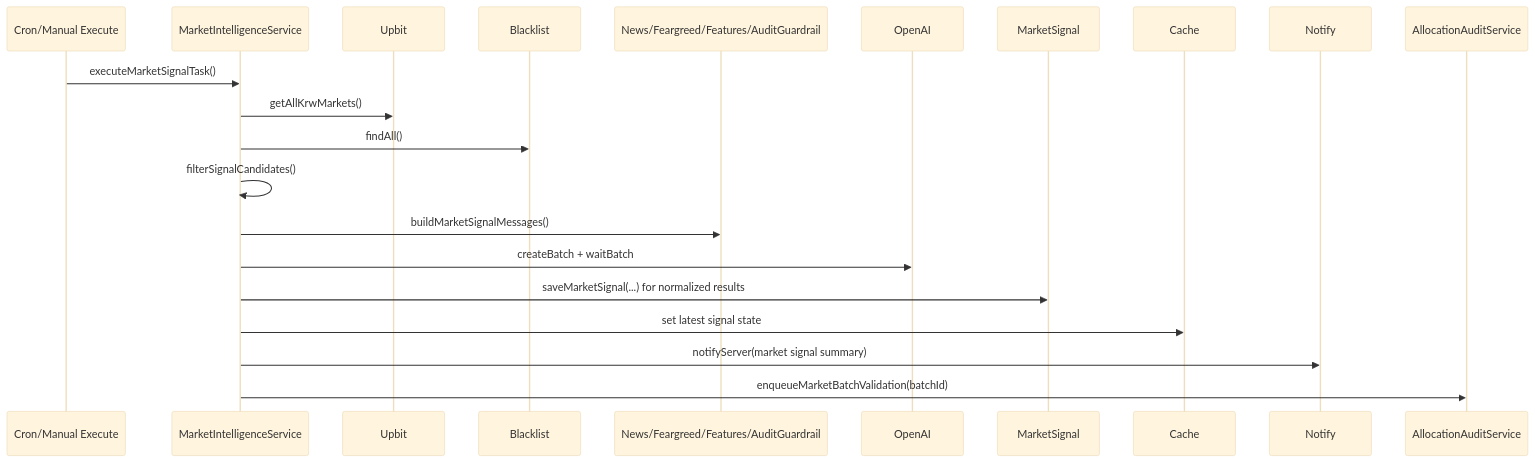
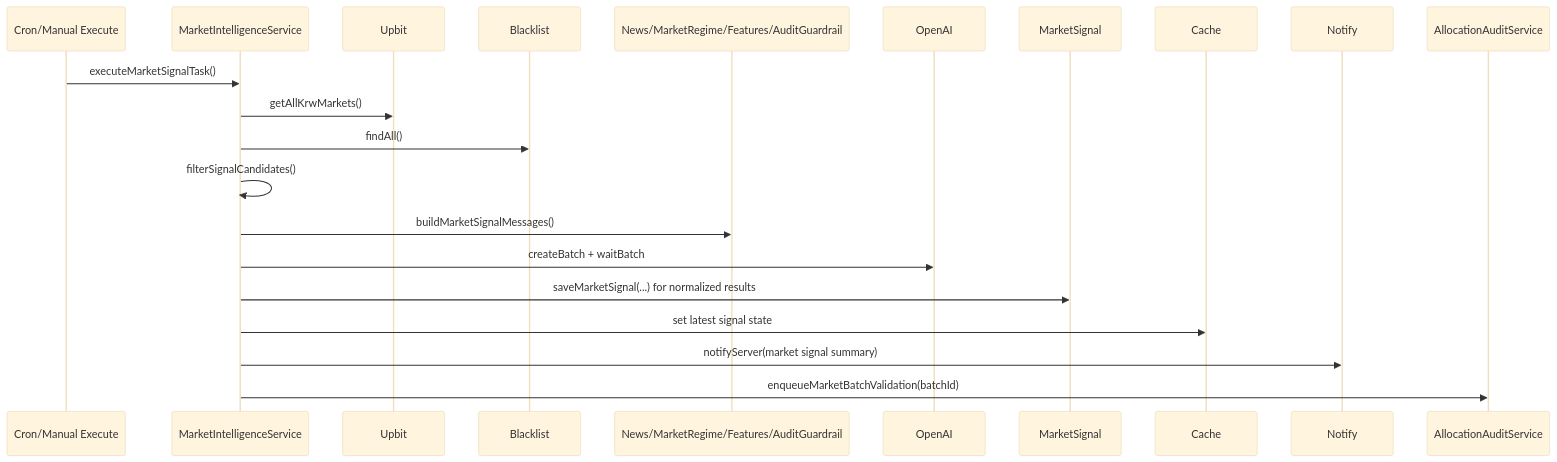
Before and after one commit to eunsoogi/kkalla: the fifth of 12 diagrams in api/docs/architecture/system-structure.md, drawn with Mermaid (base theme). The commit also changed other lines of this file and 110 other files, not shown here.

````diff
--- a/api/docs/architecture/system-structure.md
+++ b/api/docs/architecture/system-structure.md
@@ -266,24 +280,24 @@
 ```mermaid
 sequenceDiagram
   participant Trigger as Cron/Manual Execute
   participant MI as MarketIntelligenceService
   participant Upbit
   participant Blacklist
-  participant Context as News/Feargreed/Features/AuditGuardrail
+  participant Context as News/MarketRegime/Features/AuditGuardrail
   participant OpenAI
   participant DB as MarketSignal
   participant Cache
   participant Notify
   participant Audit as AllocationAuditService
 
   Trigger->>MI: executeMarketSignalTask()
   MI->>Upbit: getAllKrwMarkets()
   MI->>Blacklist: findAll()
   MI->>MI: filterSignalCandidates()
   MI->>Context: buildMarketSignalMessages()
   MI->>OpenAI: createBatch + waitBatch
   MI->>DB: saveMarketSignal(...) for normalized results
   MI->>Cache: set latest signal state
   MI->>Notify: notifyServer(market signal summary)
   MI->>Audit: enqueueMarketBatchValidation(batchId)
 ```
````
